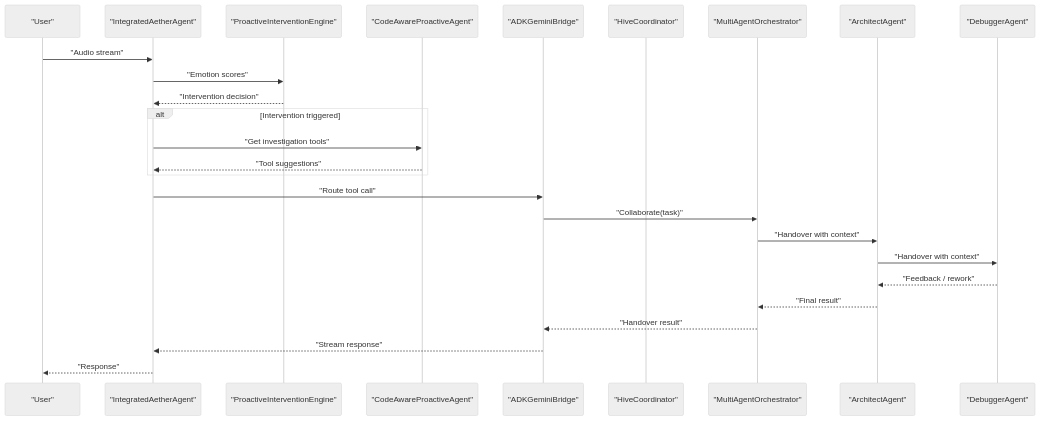
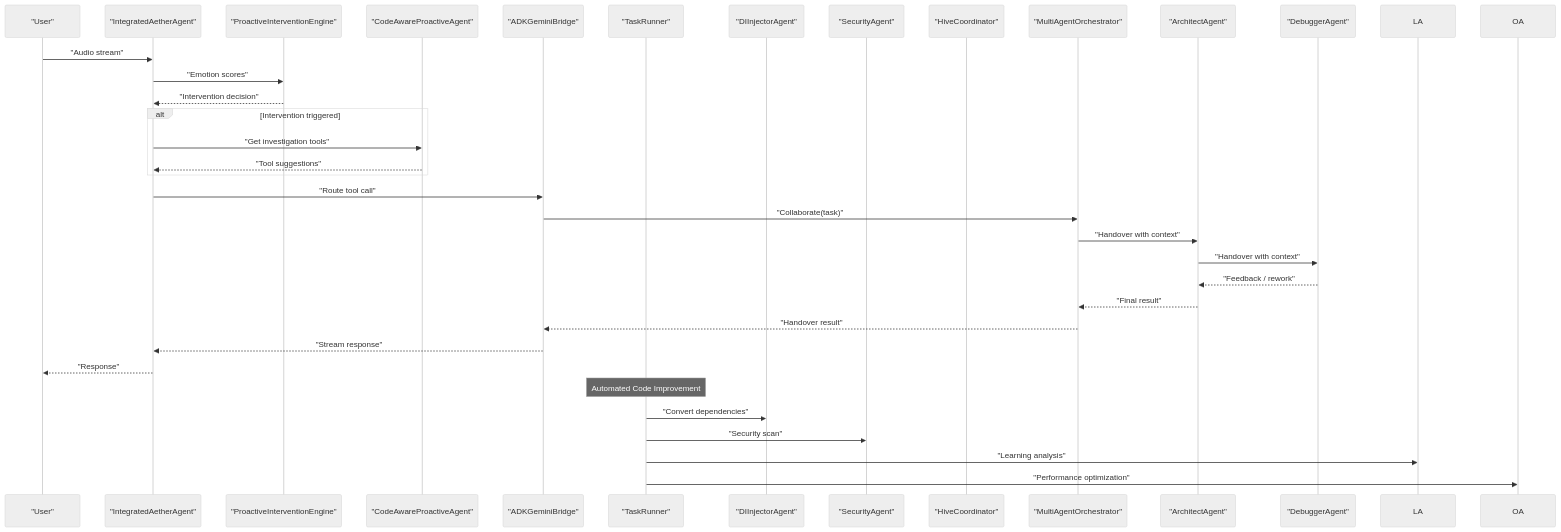
The second of 10 diagrams in .qoder/repowiki/en/content/AI Integration Layer/Agent Management System/Agent Management System.md (Moeabdelaziz007/Aether-Voice-OS), drawn with Mermaid (neutral theme) before and after one commit. The commit also changed other lines of this file and 29 other files, not shown here.

````diff
--- a/.qoder/repowiki/en/content/AI Integration Layer/Agent Management System/Agent Management System.md
+++ b/.qoder/repowiki/en/content/AI Integration Layer/Agent Management System/Agent Management System.md
@@ -129,28 +188,36 @@
 ```mermaid
 sequenceDiagram
 participant User as "User"
 participant IA as "IntegratedAetherAgent"
 participant PR as "ProactiveInterventionEngine"
 participant CA as "CodeAwareProactiveAgent"
 participant BR as "ADKGeminiBridge"
+participant TR as "TaskRunner"
+participant DI as "DIInjectorAgent"
+participant SA as "SecurityAgent"
 participant HC as "HiveCoordinator"
 participant MAO as "MultiAgentOrchestrator"
 participant AR as "ArchitectAgent"
 participant DG as "DebuggerAgent"
 User->>IA : "Audio stream"
 IA->>PR : "Emotion scores"
 PR-->>IA : "Intervention decision"
 alt Intervention triggered
 IA->>CA : "Get investigation tools"
 CA-->>IA : "Tool suggestions"
 end
 IA->>BR : "Route tool call"
 BR->>MAO : "Collaborate(task)"
 MAO->>AR : "Handover with context"
 AR->>DG : "Handover with context"
 DG-->>AR : "Feedback / rework"
 AR-->>MAO : "Final result"
 MAO-->>BR : "Handover result"
 BR-->>IA : "Stream response"
 IA-->>User : "Response"
+Note over TR : Automated Code Improvement
+TR->>DI : "Convert dependencies"
+TR->>SA : "Security scan"
+TR->>LA : "Learning analysis"
+TR->>OA : "Performance optimization"
 ```
````
